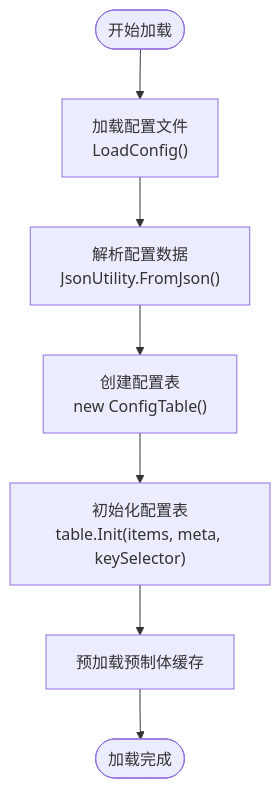
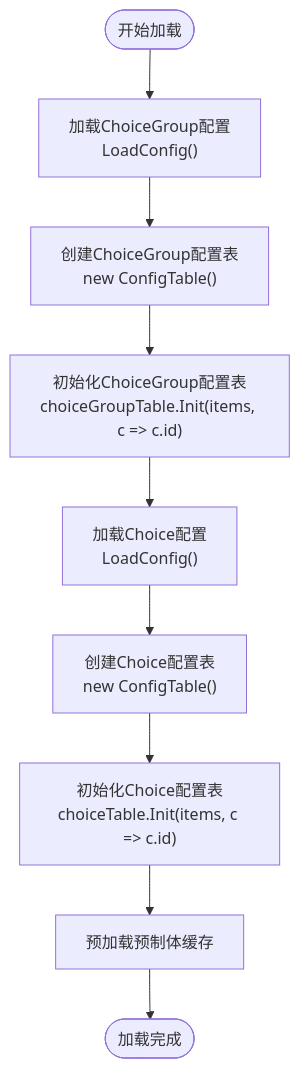
The third of 4 diagrams in .qoder/repowiki/zh/content/配置管理系统/配置管理系统.md (Tuusen/p1_client), drawn with Mermaid before and after one commit. The commit also changed other lines of this file and 40 other files, not shown here.

````diff
--- a/.qoder/repowiki/zh/content/配置管理系统/配置管理系统.md
+++ b/.qoder/repowiki/zh/content/配置管理系统/配置管理系统.md
@@ -212,9 +213,11 @@
 ```mermaid
 flowchart TD
-Start(["开始加载"]) --> LoadFile["加载配置文件<br/>LoadConfig<T>()"]
-LoadFile --> ParseData["解析配置数据<br/>JsonUtility.FromJson<T>()"]
-ParseData --> CreateTable["创建配置表<br/>new ConfigTable<T>()"]
-CreateTable --> InitTable["初始化配置表<br/>table.Init(items, meta, keySelector)"]
-InitTable --> CachePrefabs["预加载预制体缓存"]
+Start(["开始加载"]) --> LoadChoiceGroup["加载ChoiceGroup配置<br/>LoadConfig<ChoiceGroupConfigData>()"]
+LoadChoiceGroup --> CreateChoiceGroupTable["创建ChoiceGroup配置表<br/>new ConfigTable<ChoiceGroupConfig>()"]
+CreateChoiceGroupTable --> InitChoiceGroupTable["初始化ChoiceGroup配置表<br/>choiceGroupTable.Init(items, c => c.id)"]
+InitChoiceGroupTable --> LoadChoice["加载Choice配置<br/>LoadConfig<ChoiceConfigData>()"]
+LoadChoice --> CreateChoiceTable["创建Choice配置表<br/>new ConfigTable<ChoiceConfig>()"]
+CreateChoiceTable --> InitChoiceTable["初始化Choice配置表<br/>choiceTable.Init(items, c => c.id)"]
+InitChoiceTable --> CachePrefabs["预加载预制体缓存"]
 CachePrefabs --> Done(["加载完成"])
 ```
````
